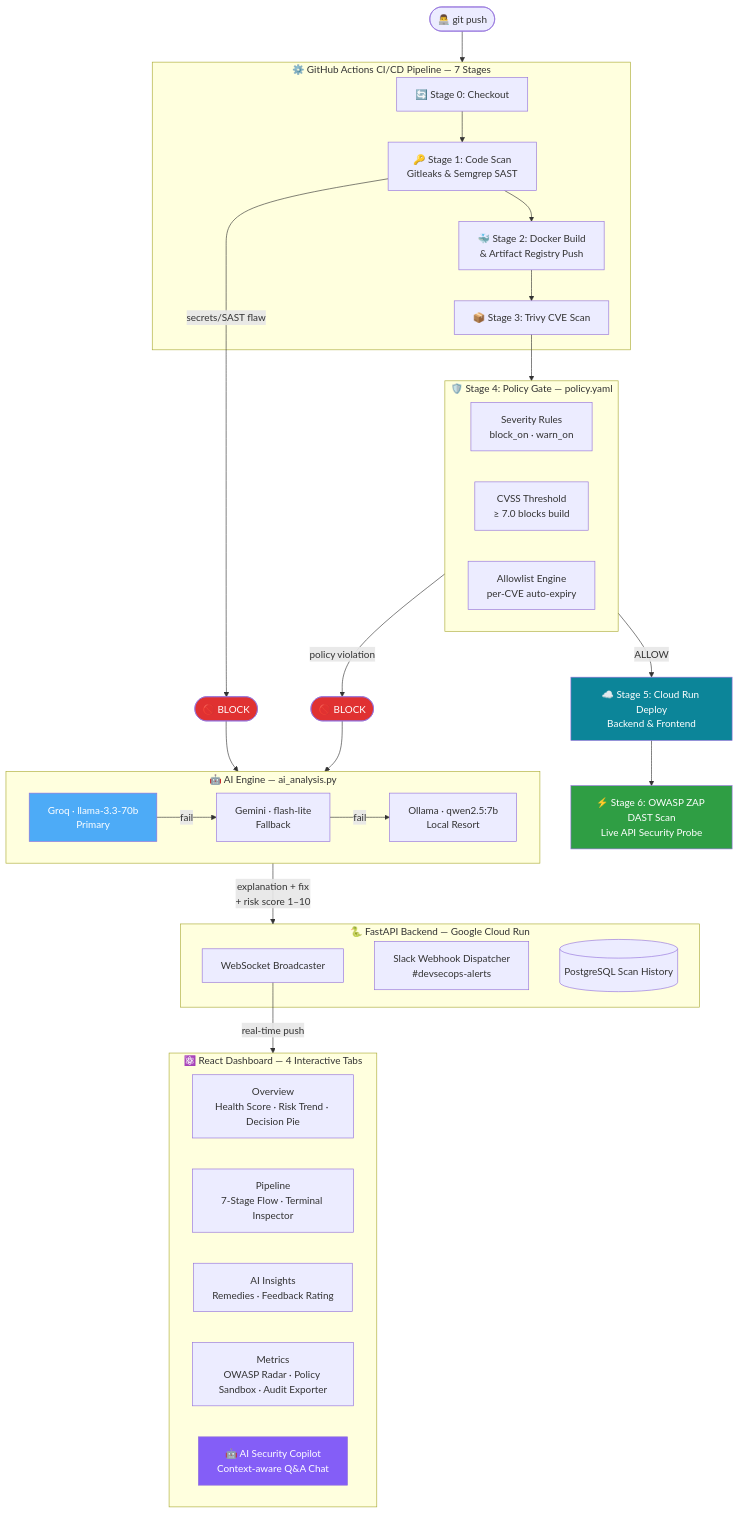
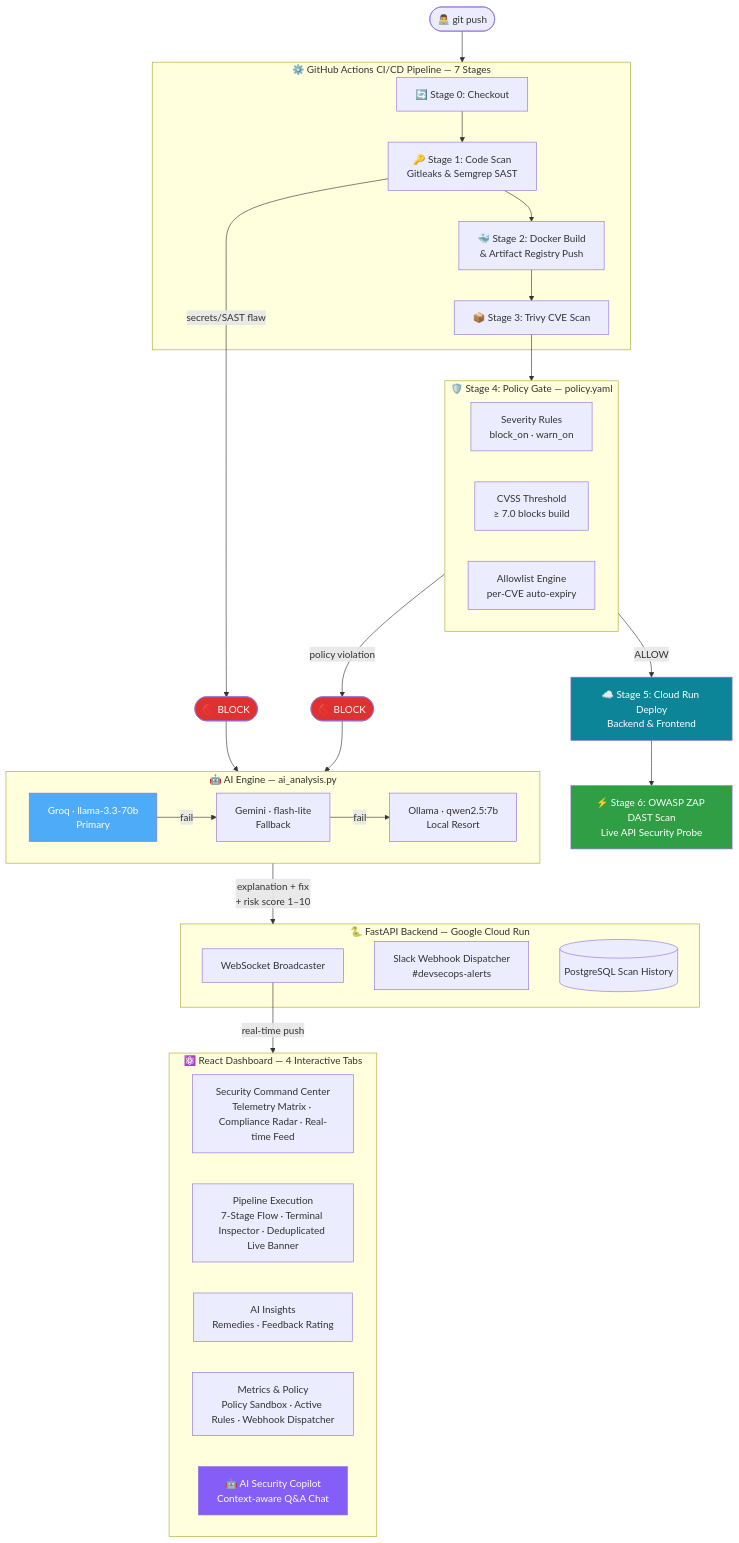
Before and after one commit to abhienix/SecureFlow: the diagram in README.md, drawn with Mermaid. The commit also changed other lines of this file, not shown here.

Commit message:
docs: update README with dynamic telemetry command center details and new architectural layouts

````diff
--- a/README.md
+++ b/README.md
@@ -18,60 +18,60 @@
 ```mermaid
 graph TB
     DEV([👨‍💻 git push]) --> GHA
 
     subgraph GHA["⚙️ GitHub Actions CI/CD Pipeline — 7 Stages"]
         CK[🔄 Stage 0: Checkout]
         GL[🔑 Stage 1: Code Scan\nGitleaks & Semgrep SAST]
         DB[🐳 Stage 2: Docker Build\n& Artifact Registry Push]
         TV[📦 Stage 3: Trivy CVE Scan]
         CK --> GL --> DB --> TV
     end
 
     TV --> PG
 
     subgraph PG["🛡️ Stage 4: Policy Gate — policy.yaml"]
         SEV[Severity Rules\nblock_on · warn_on]
         CV[CVSS Threshold\n≥ 7.0 blocks build]
         AL[Allowlist Engine\nper-CVE auto-expiry]
     end
 
     GL -->|secrets/SAST flaw| BLK1([🚫 BLOCK])
     PG -->|policy violation| BLK2([🚫 BLOCK])
 
     PG -->|ALLOW| CR[☁️ Stage 5: Cloud Run Deploy\nBackend & Frontend]
     CR --> ZAP[⚡ Stage 6: OWASP ZAP DAST Scan\nLive API Security Probe]
 
     BLK1 & BLK2 --> AI
 
     subgraph AI["🤖 AI Engine — ai_analysis.py"]
         GR[Groq · llama-3.3-70b\nPrimary]
         GM[Gemini · flash-lite\nFallback]
         OL[Ollama · qwen2.5:7b\nLocal Resort]
         GR -->|fail| GM -->|fail| OL
     end
 
     AI -->|explanation + fix\n+ risk score 1–10| BE
 
     subgraph BE["🐍 FastAPI Backend — Google Cloud Run"]
         WS[WebSocket Broadcaster]
         SLK[Slack Webhook Dispatcher\n#devsecops-alerts]
         DB_PG[(PostgreSQL Scan History)]
     end
 
     WS -->|real-time push| DASH
 
     subgraph DASH["⚛️ React Dashboard — 4 Interactive Tabs"]
-        OV[Overview\nHealth Score · Risk Trend · Decision Pie]
-        PL[Pipeline\n7-Stage Flow · Terminal Inspector]
+        OV[Security Command Center\nTelemetry Matrix · Compliance Radar · Real-time Feed]
+        PL[Pipeline Execution\n7-Stage Flow · Terminal Inspector · Deduplicated Live Banner]
         INS[AI Insights\nRemedies · Feedback Rating]
-        MT[Metrics\nOWASP Radar · Policy Sandbox · Audit Exporter]
+        MT[Metrics & Policy\nPolicy Sandbox · Active Rules · Webhook Dispatcher]
         COP[🤖 AI Security Copilot\nContext-aware Q&A Chat]
     end
 
     style BLK1 fill:#e03131,color:#fff
     style BLK2 fill:#e03131,color:#fff
     style CR   fill:#0c8599,color:#fff
     style ZAP  fill:#2f9e44,color:#fff
     style GR   fill:#4dabf7,color:#fff
     style COP  fill:#845ef7,color:#fff
 ```
````
